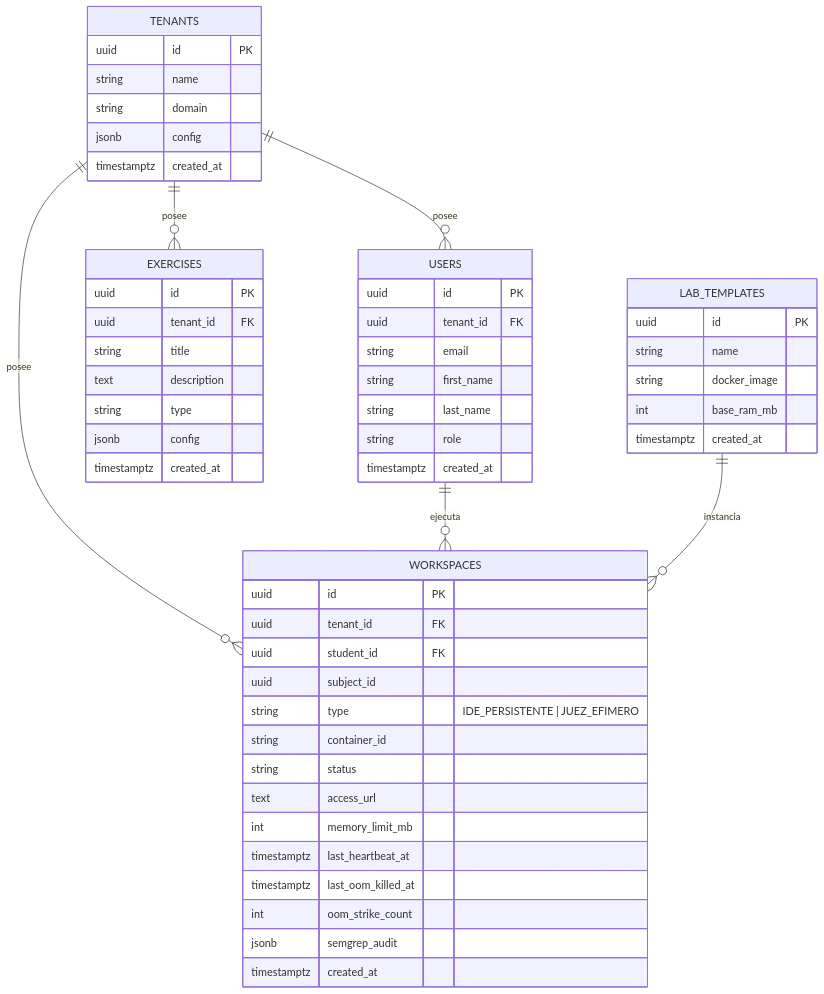
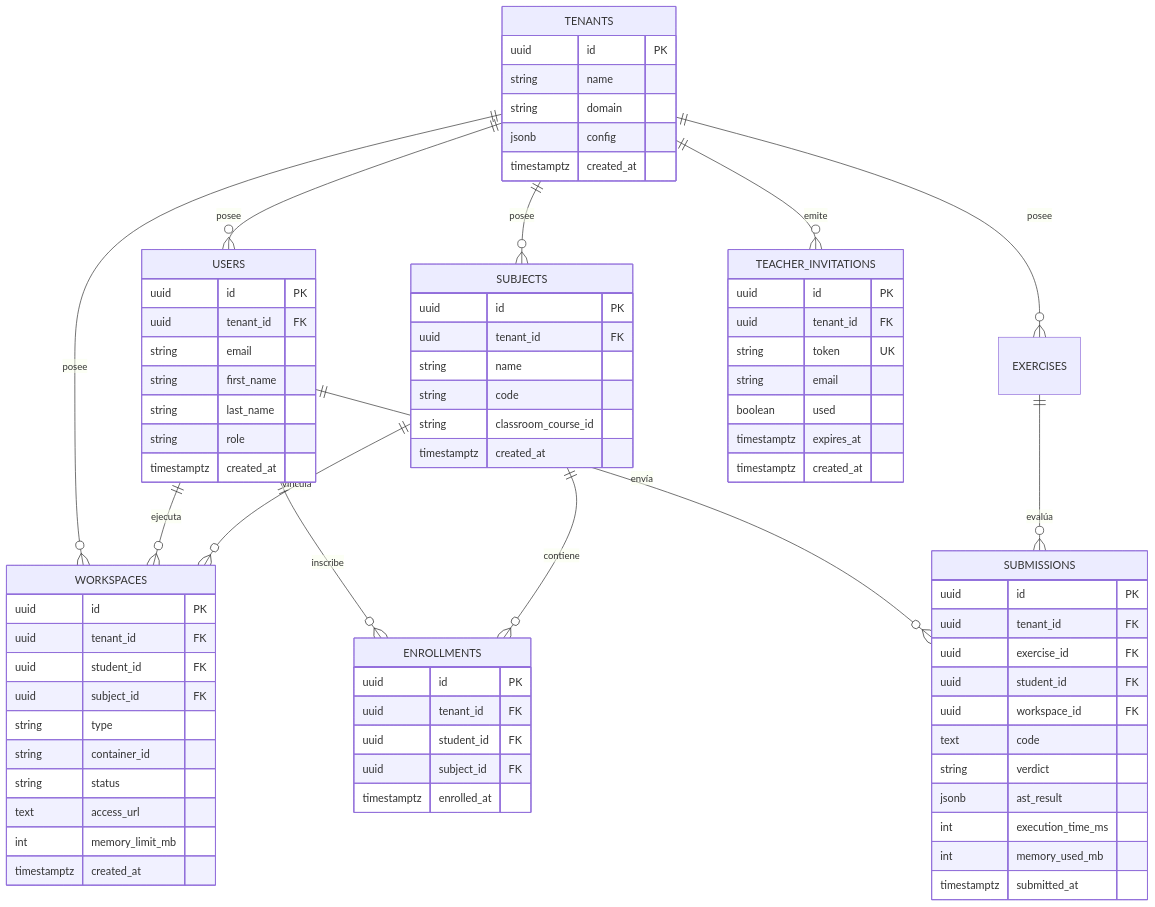
Before and after one commit to AlvaroRiveraCarhuani/SOLV_PG: the diagram in docs/BD/DISENO_BD.md, drawn with Mermaid. The commit also changed other lines of this file and 1 other file, not shown here.

````diff
--- a/docs/BD/DISENO_BD.md
+++ b/docs/BD/DISENO_BD.md
@@ -11,8 +11,14 @@
     TENANTS ||--o{ USERS : "posee"
     TENANTS ||--o{ WORKSPACES : "posee"
     TENANTS ||--o{ EXERCISES : "posee"
+    TENANTS ||--o{ SUBJECTS : "posee"
+    TENANTS ||--o{ TEACHER_INVITATIONS : "emite"
     USERS ||--o{ WORKSPACES : "ejecuta"
-    LAB_TEMPLATES ||--o{ WORKSPACES : "instancia"
+    USERS ||--o{ ENROLLMENTS : "inscribe"
+    USERS ||--o{ SUBMISSIONS : "envía"
+    SUBJECTS ||--o{ ENROLLMENTS : "contiene"
+    SUBJECTS ||--o{ WORKSPACES : "vincula"
+    EXERCISES ||--o{ SUBMISSIONS : "evalúa"
 
     TENANTS {
         uuid id PK
@@ -32,38 +38,57 @@
         timestamptz created_at
     }
 
+    SUBJECTS {
+        uuid id PK
+        uuid tenant_id FK
+        string name
+        string code
+        string classroom_course_id
+        timestamptz created_at
+    }
+
+    ENROLLMENTS {
+        uuid id PK
+        uuid tenant_id FK
+        uuid student_id FK
+        uuid subject_id FK
+        timestamptz enrolled_at
+    }
+
     WORKSPACES {
         uuid id PK
         uuid tenant_id FK
         uuid student_id FK
-        uuid subject_id
-        string type "IDE_PERSISTENTE | JUEZ_EFIMERO"
+        uuid subject_id FK
+        string type
         string container_id
         string status
         text access_url
         int memory_limit_mb
-        timestamptz last_heartbeat_at
-        timestamptz last_oom_killed_at
-        int oom_strike_count
-        jsonb semgrep_audit
         timestamptz created_at
     }
 
-    EXERCISES {
+    SUBMISSIONS {
         uuid id PK
         uuid tenant_id FK
-        string title
-        text description
-        string type
-        jsonb config
-        timestamptz created_at
+        uuid exercise_id FK
+        uuid student_id FK
+        uuid workspace_id FK
+        text code
+        string verdict
+        jsonb ast_result
+        int execution_time_ms
+        int memory_used_mb
+        timestamptz submitted_at
     }
 
-    LAB_TEMPLATES {
+    TEACHER_INVITATIONS {
         uuid id PK
-        string name
-        string docker_image
-        int base_ram_mb
+        uuid tenant_id FK
+        string token UK
+        string email
+        boolean used
+        timestamptz expires_at
         timestamptz created_at
     }
 ```
````
